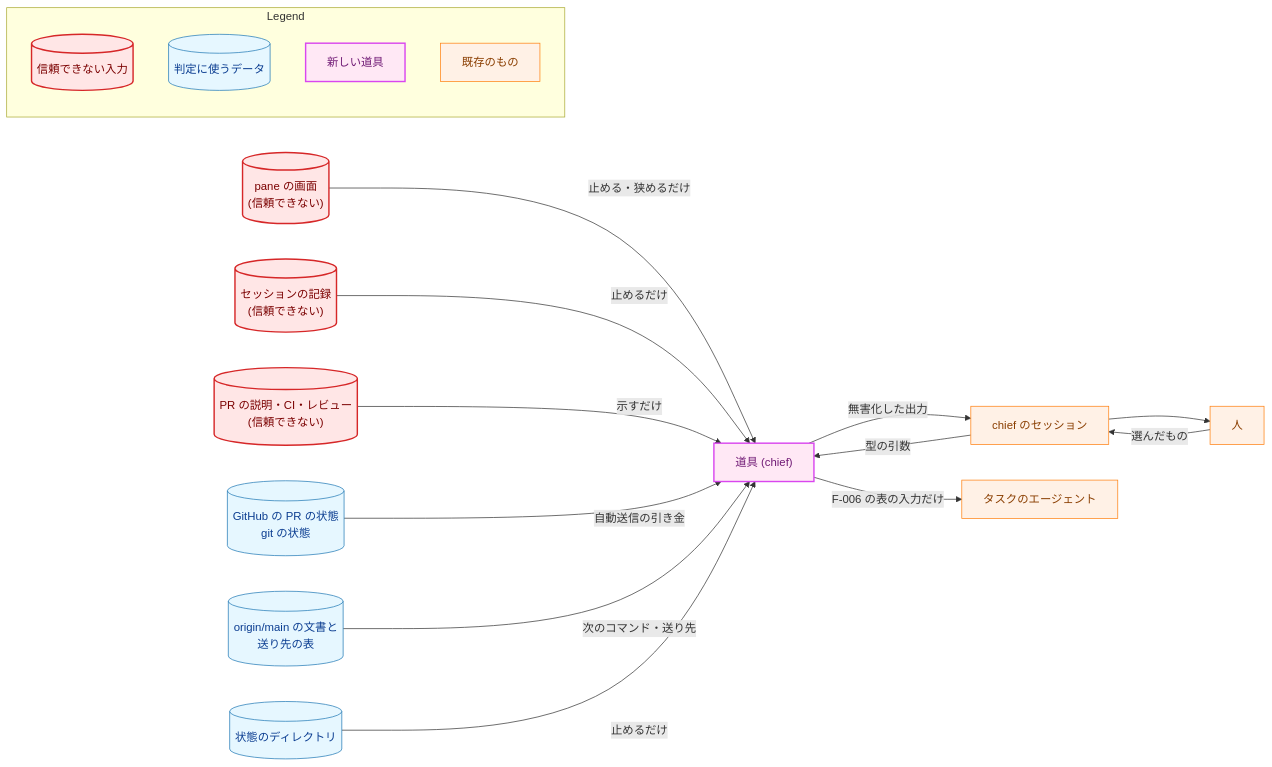
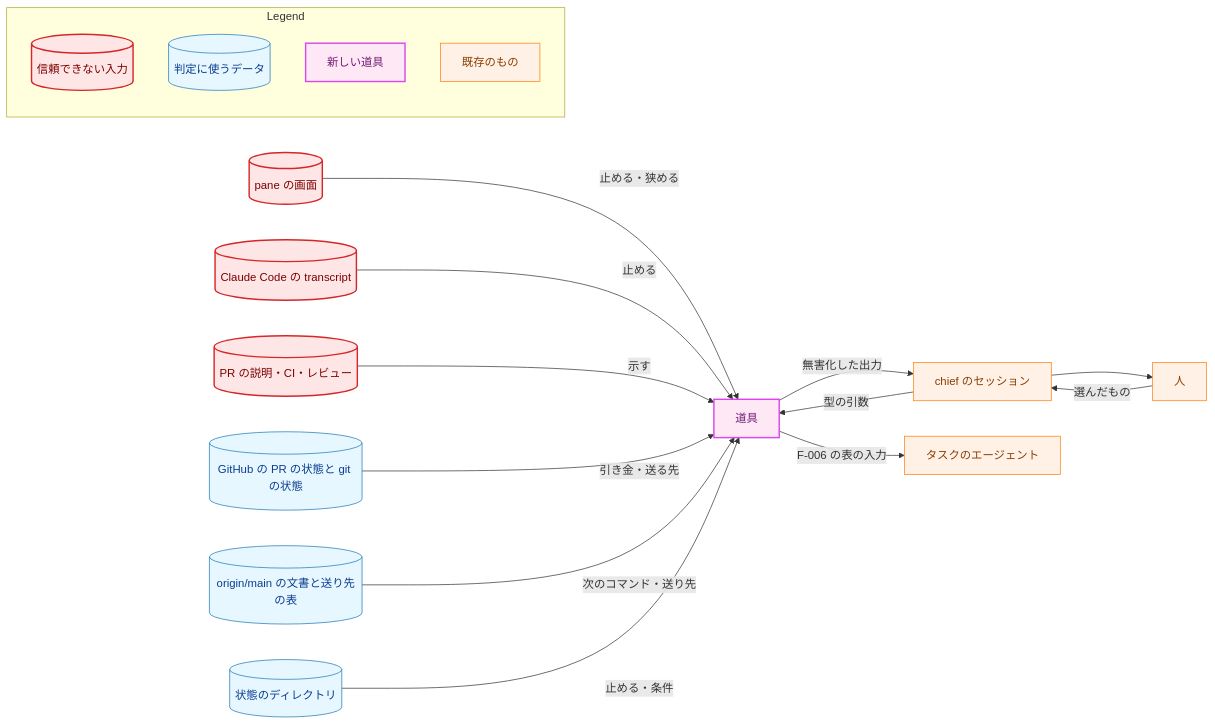
Before and after one commit to isseis/yt2column: the fourth of 6 diagrams in docs/tasks/0088_chief_of_staff/02_architecture.md, drawn with Mermaid. The commit also changed other lines of this file and 2 other files, not shown here.

````diff
--- a/docs/tasks/0088_chief_of_staff/02_architecture.md
+++ b/docs/tasks/0088_chief_of_staff/02_architecture.md
@@ -547,46 +779,46 @@
 ```mermaid
 flowchart LR
     classDef data fill:#e6f7ff,stroke:#1f77b4,stroke-width:1px,color:#0b3d91;
     classDef process fill:#fff1e6,stroke:#ff7f0e,stroke-width:1px,color:#8a3e00;
     classDef newpkg fill:#ffe8f5,stroke:#d946ef,stroke-width:2px,color:#701a75;
     classDef problem fill:#ffe6e6,stroke:#d62728,stroke-width:2px,color:#7b0000;
 
-    SCREEN[("pane の画面<br>(信頼できない)")]
-    PRTEXT[("PR の説明・CI・レビュー<br>(信頼できない)")]
-    TRANS[("セッションの記録<br>(信頼できない)")]
-    GITST[("GitHub の PR の状態<br>git の状態")]
-    MAIN[("origin/main の文書と<br>送り先の表")]
+    SCREEN[("pane の画面")]
+    PRTEXT[("PR の説明・CI・レビュー")]
+    TRANS[("Claude Code の transcript")]
+    GITST[("GitHub の PR の状態と git の状態")]
+    MAIN[("origin/main の文書と送り先の表")]
     REC[("状態のディレクトリ")]
-    TOOL["道具 (chief)"]
+    TOOL["道具"]
     SESSION["chief のセッション"]
     HUMAN["人"]
     TASK["タスクのエージェント"]
 
-    SCREEN -->|"止める・狭めるだけ"| TOOL
-    TRANS -->|"止めるだけ"| TOOL
-    PRTEXT -->|"示すだけ"| TOOL
-    GITST -->|"自動送信の引き金"| TOOL
+    SCREEN -->|"止める・狭める"| TOOL
+    TRANS -->|"止める"| TOOL
+    PRTEXT -->|"示す"| TOOL
+    GITST -->|"引き金・送る先"| TOOL
     MAIN -->|"次のコマンド・送り先"| TOOL
-    REC -->|"止めるだけ"| TOOL
+    REC -->|"止める・条件"| TOOL
     TOOL -->|"無害化した出力"| SESSION
     SESSION --> HUMAN
     HUMAN -->|"選んだもの"| SESSION
     SESSION -->|"型の引数"| TOOL
-    TOOL -->|"F-006 の表の入力だけ"| TASK
+    TOOL -->|"F-006 の表の入力"| TASK
 
     class SCREEN,PRTEXT,TRANS problem
     class GITST,MAIN,REC data
     class TOOL newpkg
     class SESSION,HUMAN,TASK process
 
     subgraph Legend["Legend"]
         L1[("信頼できない入力")]
         L2[("判定に使うデータ")]
         L3["新しい道具"]
         L4["既存のもの"]
     end
     class L1 problem
     class L2 data
     class L3 newpkg
     class L4 process
 ```
````
